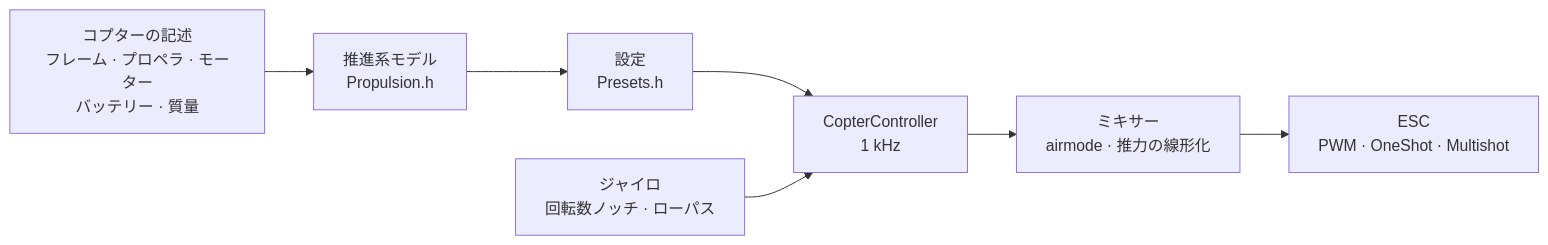
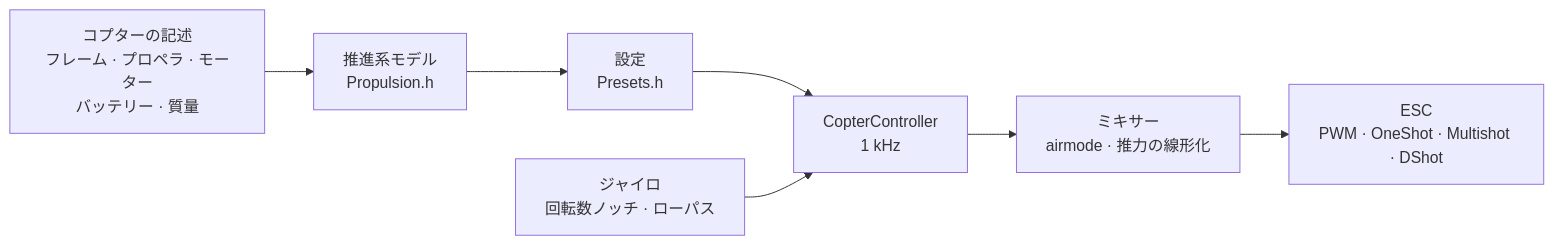
Before and after one commit to damir-lebedev/OpenPlaneProject: the diagram in docs/i18n/ja/COPTER.md, drawn with Mermaid. The commit also changed other lines of this file and 21 other files, not shown here.

````diff
--- a/docs/i18n/ja/COPTER.md
+++ b/docs/i18n/ja/COPTER.md
@@ -9,9 +9,9 @@
 ```mermaid
 flowchart LR
     D["コプターの記述<br/>フレーム · プロペラ · モーター<br/>バッテリー · 質量"] --> M["推進系モデル<br/>Propulsion.h"]
     M --> T["設定<br/>Presets.h"]
     T --> C["CopterController<br/>1 kHz"]
     G["ジャイロ<br/>回転数ノッチ · ローパス"] --> C
     C --> X["ミキサー<br/>airmode · 推力の線形化"]
-    X --> E["ESC<br/>PWM · OneShot · Multishot"]
+    X --> E["ESC<br/>PWM · OneShot · Multishot · DShot"]
 ```
````
